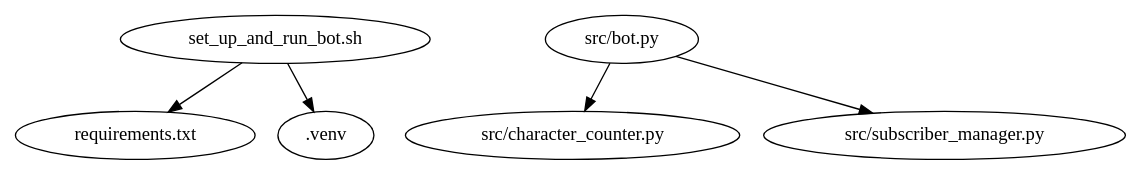
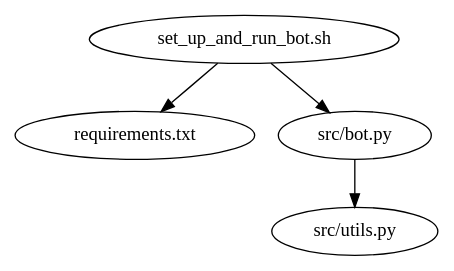
The diagram in generated_projects/local_discord_bot/project_design_document.md (Josh-Joseph/gen-code-from-requirements-doc), drawn with Graphviz before and after one commit. The commit also changed other lines of this file and 12 other files, not shown here.

````diff
--- a/generated_projects/local_discord_bot/project_design_document.md
+++ b/generated_projects/local_discord_bot/project_design_document.md
@@ -28,8 +34,7 @@
 ```graphviz
 digraph G {
     "set_up_and_run_bot.sh" -> "requirements.txt";
-    "set_up_and_run_bot.sh" -> ".venv";
-    "src/bot.py" -> "src/character_counter.py";
-    "src/bot.py" -> "src/subscriber_manager.py";
+    "set_up_and_run_bot.sh" -> "src/bot.py";
+    "src/bot.py" -> "src/utils.py";
 }
 ```
````
